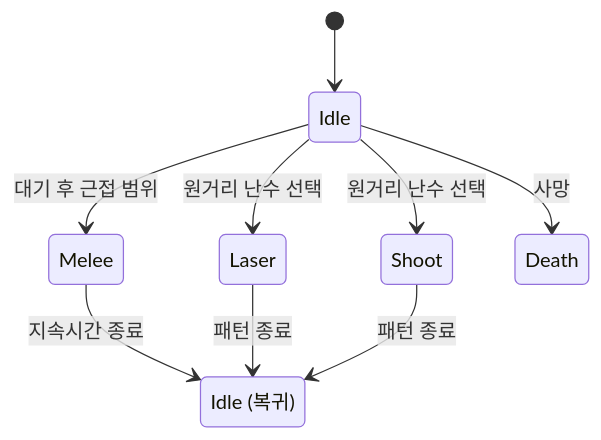
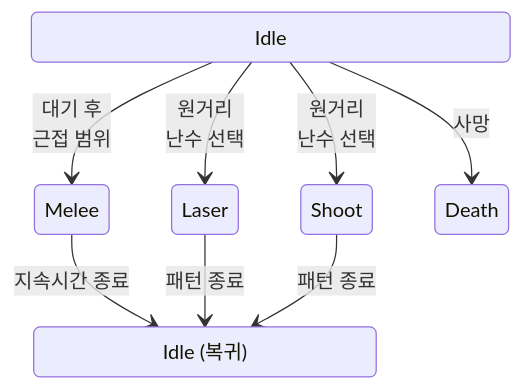
One commit to keeeery/portfolio changed the sixth of 7 diagrams in src/2-Arcanist/TechDoc_Arcanist.md. Above: the diagram before and after it, drawn with Mermaid. The commit also changed other lines of this file and 13 other files, not shown here.

Commit message:
기술 문서: 다이어그램 다듬기와 부가 설명 문구 통일, Arcanist 구조도를 전투·카드 개요로, ODDITY 보스 장 정리와 염동력 시연 GIF, 코드 발췌 머리 주석 통일, 데이터 다시 빌드

````diff
--- a/src/2-Arcanist/TechDoc_Arcanist.md
+++ b/src/2-Arcanist/TechDoc_Arcanist.md
@@ -601,14 +675,14 @@
 ```mermaid
-%%{init: {"state": {"rankSpacing": 48, "nodeSpacing": 36}}}%%
+%%{init: {"state": {"rankSpacing": 48, "nodeSpacing": 56}}}%%
 stateDiagram-v2
     direction TB
-    state "Idle (복귀)" as IdleReturn
-    [*] --> Idle
-    Idle --> Melee: 대기 후 근접 범위
-    Idle --> Laser: 원거리 난수 선택
-    Idle --> Shoot: 원거리 난수 선택
+    state "<div style=width:367px>Idle</div>" as Idle
+    state "<div style=width:258px>Idle (복귀)</div>" as IdleReturn
+    Idle --> Melee: 대기 후<br>근접 범위
+    Idle --> Laser: 원거리<br>난수 선택
+    Idle --> Shoot: 원거리<br>난수 선택
     Idle --> Death: 사망
     Melee --> IdleReturn: 지속시간 종료
     Laser --> IdleReturn: 패턴 종료
     Shoot --> IdleReturn: 패턴 종료
 ```
````
